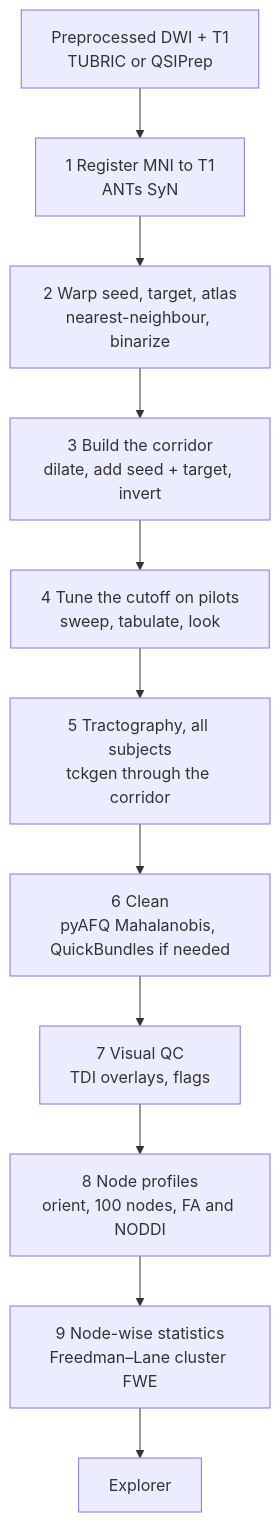
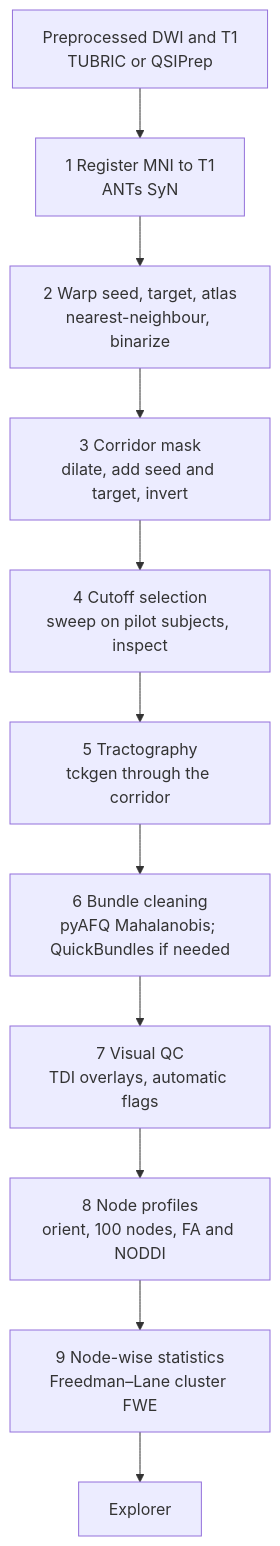
Before and after one commit to DiffusionTensorImaging-Repos/MesoConnect-Tutorial: the diagram in docs/workflow/overview.md, drawn with Mermaid. The commit also changed other lines of this file and 27 other files, not shown here.

First line of the commit message:
Rewrite all prose in plain documentation register

````diff
--- a/docs/workflow/overview.md
+++ b/docs/workflow/overview.md
@@ -10,13 +10,13 @@
 ```mermaid
 flowchart TD
-  A[Preprocessed DWI + T1<br/>TUBRIC or QSIPrep] --> B[1 Register MNI to T1<br/>ANTs SyN]
+  A[Preprocessed DWI and T1<br/>TUBRIC or QSIPrep] --> B[1 Register MNI to T1<br/>ANTs SyN]
   B --> C[2 Warp seed, target, atlas<br/>nearest-neighbour, binarize]
-  C --> D[3 Build the corridor<br/>dilate, add seed + target, invert]
-  D --> E[4 Tune the cutoff on pilots<br/>sweep, tabulate, look]
-  E --> F[5 Tractography, all subjects<br/>tckgen through the corridor]
-  F --> G[6 Clean<br/>pyAFQ Mahalanobis, QuickBundles if needed]
-  G --> H[7 Visual QC<br/>TDI overlays, flags]
+  C --> D[3 Corridor mask<br/>dilate, add seed and target, invert]
+  D --> E[4 Cutoff selection<br/>sweep on pilot subjects, inspect]
+  E --> F[5 Tractography<br/>tckgen through the corridor]
+  F --> G[6 Bundle cleaning<br/>pyAFQ Mahalanobis; QuickBundles if needed]
+  G --> H[7 Visual QC<br/>TDI overlays, automatic flags]
   H --> I[8 Node profiles<br/>orient, 100 nodes, FA and NODDI]
   I --> J[9 Node-wise statistics<br/>Freedman–Lane cluster FWE]
   J --> K[Explorer]
 ```
````
